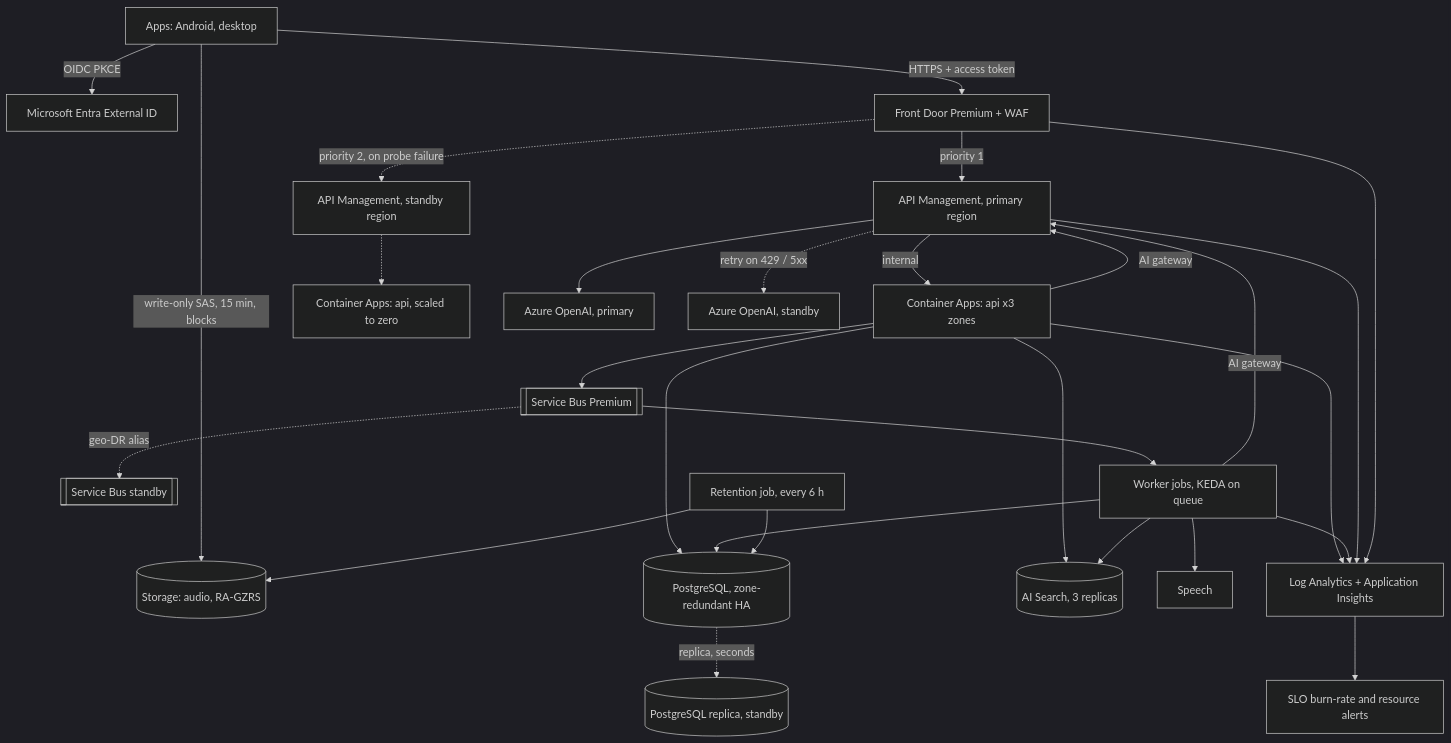
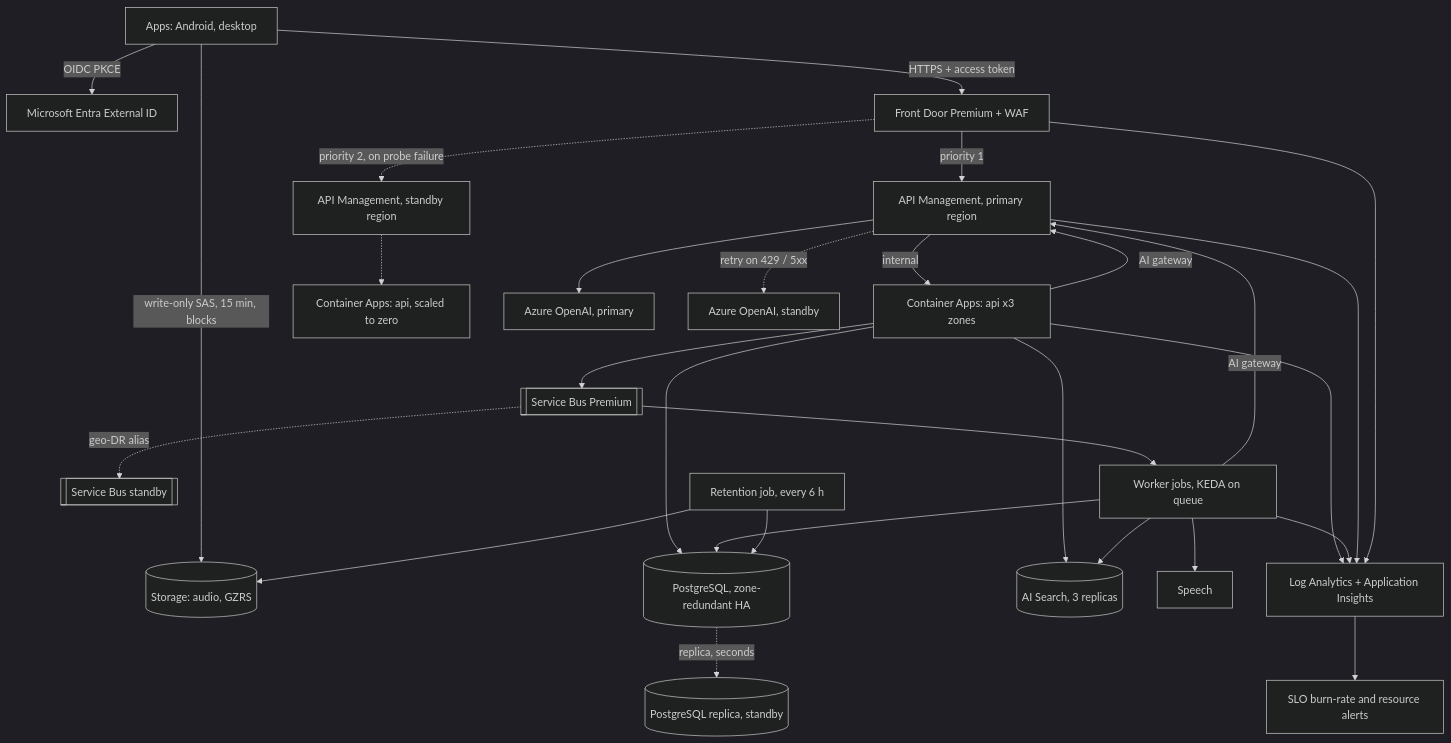
One commit to PierfrancescoLijoi/nodo-ai changed the diagram in docs/AZURE-ARCHITECTURE.md. Above: the diagram before and after it, drawn with Mermaid (dark theme). The commit also changed other lines of this file and 18 other files, not shown here.

````diff
--- a/docs/AZURE-ARCHITECTURE.md
+++ b/docs/AZURE-ARCHITECTURE.md
@@ -33,27 +33,27 @@
 ```mermaid
 flowchart TD
   APP[Apps: Android, desktop] -->|OIDC PKCE| EID[Microsoft Entra External ID]
   APP -->|HTTPS + access token| AFD[Front Door Premium + WAF]
-  APP -->|write-only SAS, 15 min, blocks| BLOB[(Storage: audio, RA-GZRS)]
+  APP -->|write-only SAS, 15 min, blocks| BLOB[(Storage: audio, GZRS)]
   AFD -->|priority 1| APIMP[API Management, primary region]
   AFD -.->|priority 2, on probe failure| APIMS[API Management, standby region]
   APIMP -->|internal| APIP[Container Apps: api x3 zones]
   APIMS -.-> APIS[Container Apps: api, scaled to zero]
   APIP --> PG[(PostgreSQL, zone-redundant HA)]
   PG -.->|replica, seconds| PGS[(PostgreSQL replica, standby)]
   APIP --> SB[[Service Bus Premium]]
   SB -.->|geo-DR alias| SBS[[Service Bus standby]]
   APIP --> SRCH[(AI Search, 3 replicas)]
   APIP -->|AI gateway| APIMP
   WRK[Worker jobs, KEDA on queue] -->|AI gateway| APIMP
   APIMP --> AOAI[Azure OpenAI, primary]
   APIMP -.->|retry on 429 / 5xx| AOAS[Azure OpenAI, standby]
   SB --> WRK
   WRK --> SPEECH[Speech]
   WRK --> PG
   WRK --> SRCH
   RET[Retention job, every 6 h] --> PG
   RET --> BLOB
   APIP & WRK & APIMP & AFD --> LAW[Log Analytics + Application Insights]
   LAW --> ALERT[SLO burn-rate and resource alerts]
 ```
````
